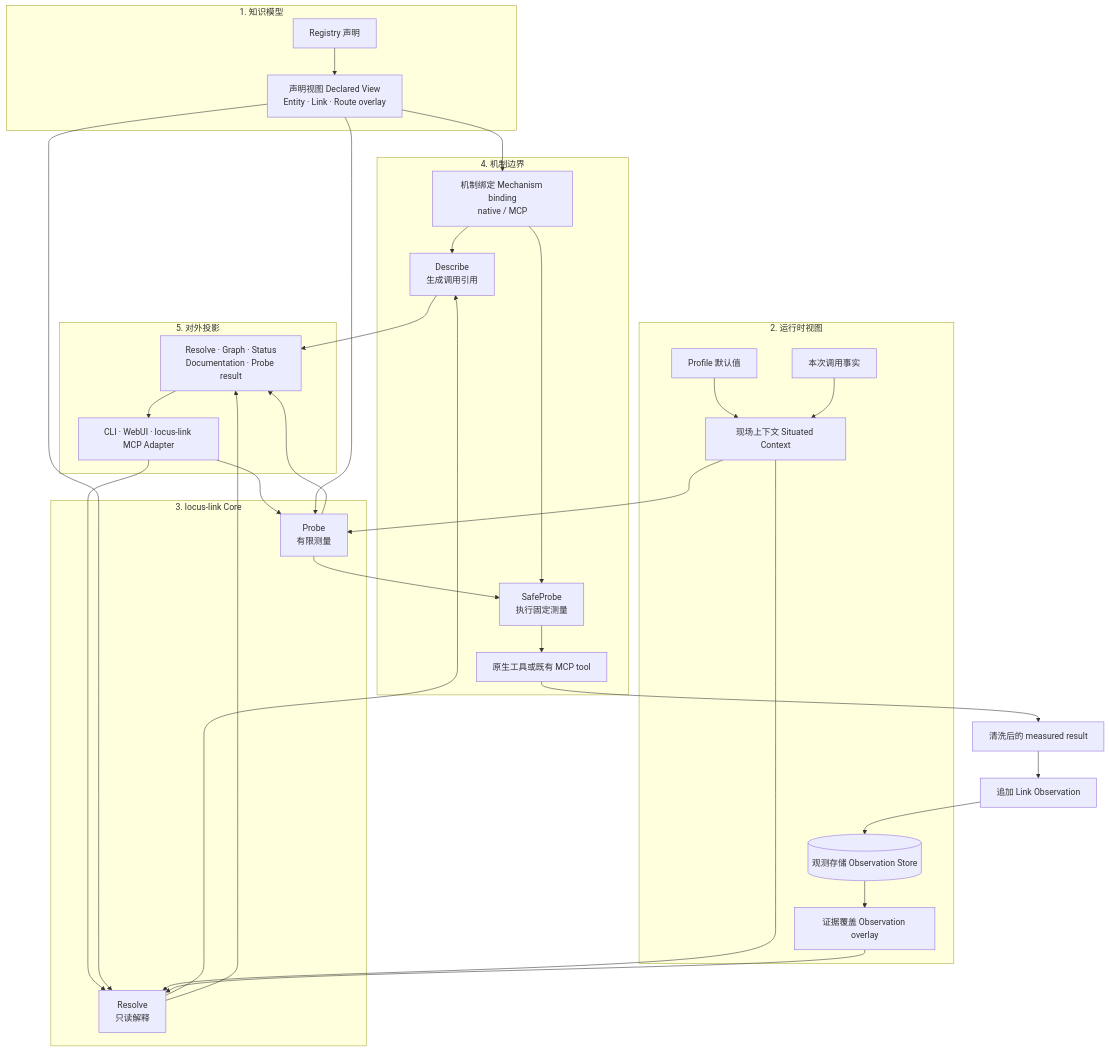
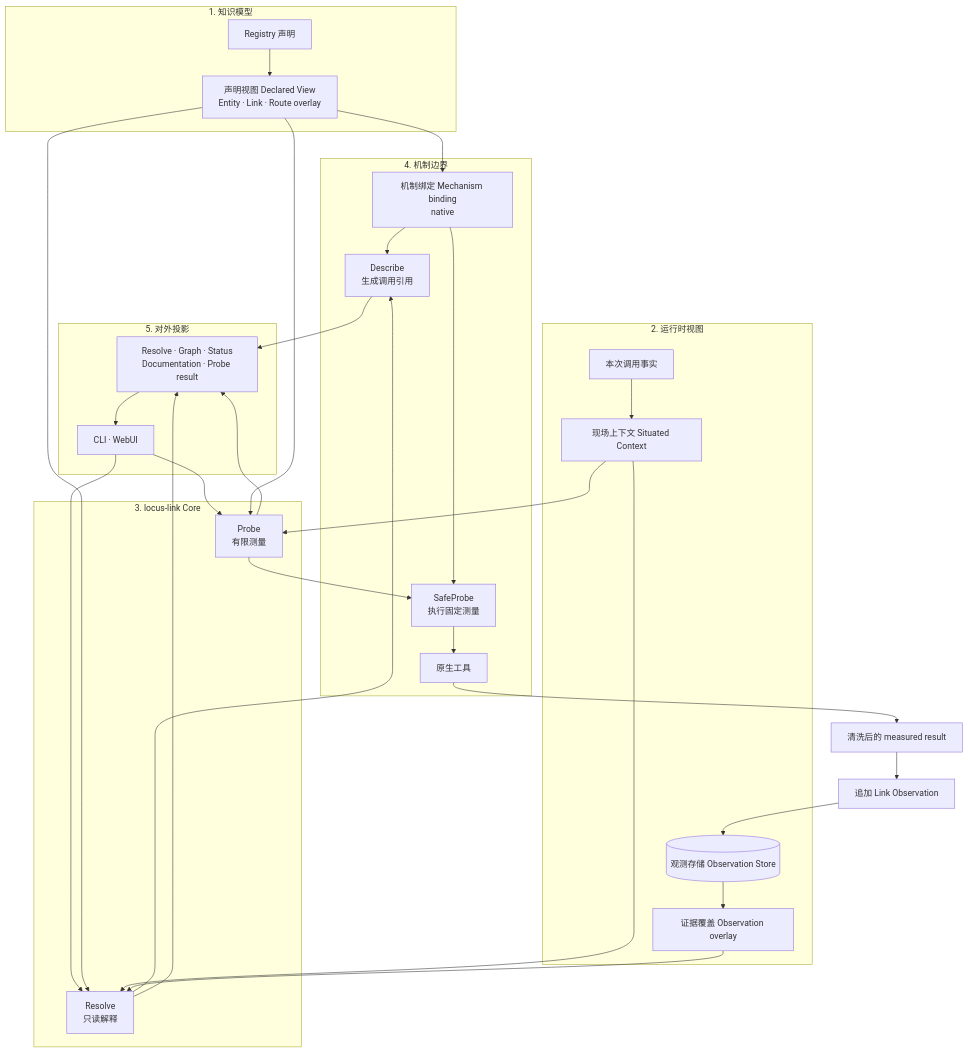
Before and after one commit to SWdrift/locus-link: the first of 2 diagrams in documents/design/base-系统设计.md, drawn with Mermaid. The commit also changed other lines of this file and 8 other files, not shown here.

````diff
--- a/documents/design/base-系统设计.md
+++ b/documents/design/base-系统设计.md
@@ -39,53 +39,53 @@
 ```mermaid
 flowchart TB
     subgraph KNOWLEDGE["1. 知识模型"]
         REGISTRY["Registry 声明"] --> DECLARED["声明视图 Declared View\nEntity · Link · Route overlay"]
     end
 
     subgraph RUNTIME["2. 运行时视图"]
-        PROFILE["Profile 默认值"] --> CONTEXT["现场上下文 Situated Context"]
+        CONTEXT["现场上下文 Situated Context"]
         INVOCATION["本次调用事实"] --> CONTEXT
         STORE[("观测存储 Observation Store")] --> OVERLAY["证据覆盖 Observation overlay"]
     end
 
     subgraph CORE["3. locus-link Core"]
         RESOLVE["Resolve\n只读解释"]
         PROBE["Probe\n有限测量"]
     end
 
     subgraph MECHANISM["4. 机制边界"]
-        BINDING["机制绑定 Mechanism binding\nnative / MCP"]
+        BINDING["机制绑定 Mechanism binding\nnative"]
         DESCRIBE["Describe\n生成调用引用"]
         SAFEPROBE["SafeProbe\n执行固定测量"]
-        EXTERNAL["原生工具或既有 MCP tool"]
+        EXTERNAL["原生工具"]
 
         BINDING --> DESCRIBE
         BINDING --> SAFEPROBE
         SAFEPROBE --> EXTERNAL
     end
 
     subgraph PROJECTIONS["5. 对外投影"]
         RESULT["Resolve · Graph · Status\nDocumentation · Probe result"]
-        CLIENTS["CLI · WebUI · locus-link MCP Adapter"]
+        CLIENTS["CLI · WebUI"]
         RESULT --> CLIENTS
     end
 
     CLIENTS --> RESOLVE
     CLIENTS --> PROBE
     DECLARED --> BINDING
     DECLARED --> RESOLVE
     CONTEXT --> RESOLVE
     OVERLAY --> RESOLVE
     DECLARED --> PROBE
     CONTEXT --> PROBE
 
     RESOLVE --> DESCRIBE
     RESOLVE --> RESULT
     DESCRIBE --> RESULT
 
     PROBE --> SAFEPROBE
     EXTERNAL --> MEASURED["清洗后的 measured result"]
     MEASURED --> RECORD["追加 Link Observation"]
     RECORD --> STORE
     PROBE --> RESULT
 ```
````
